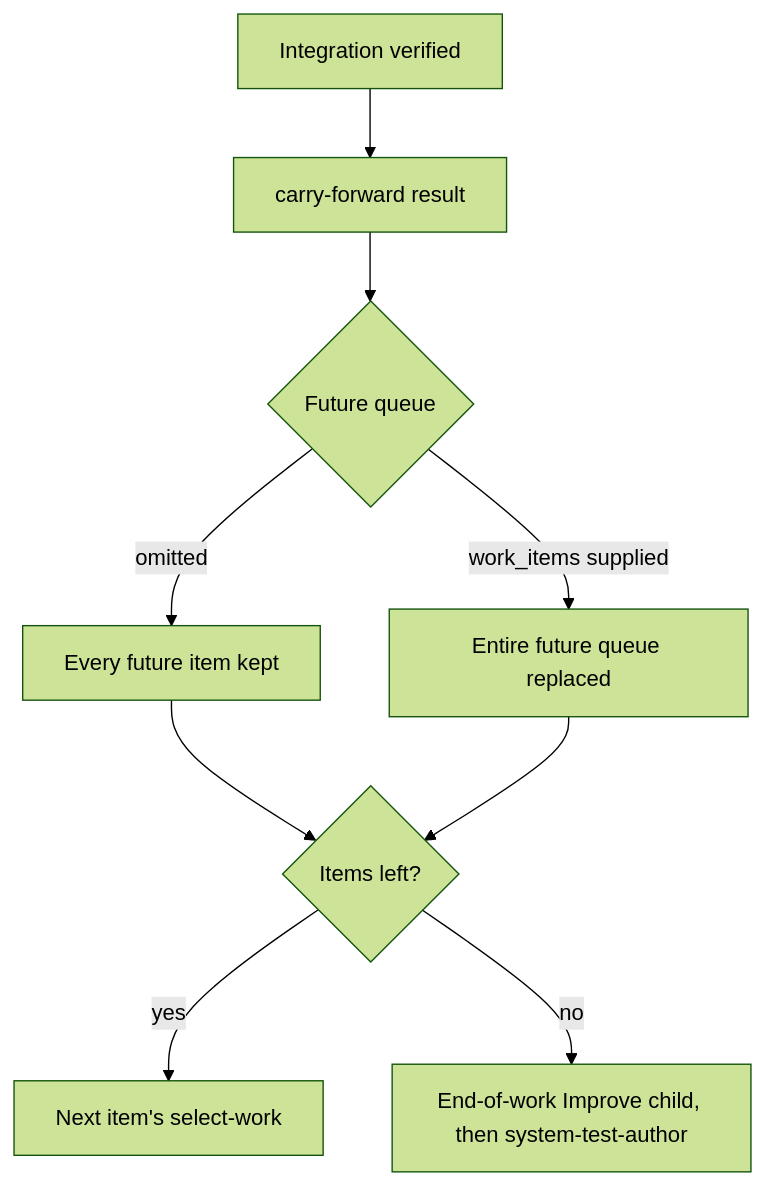
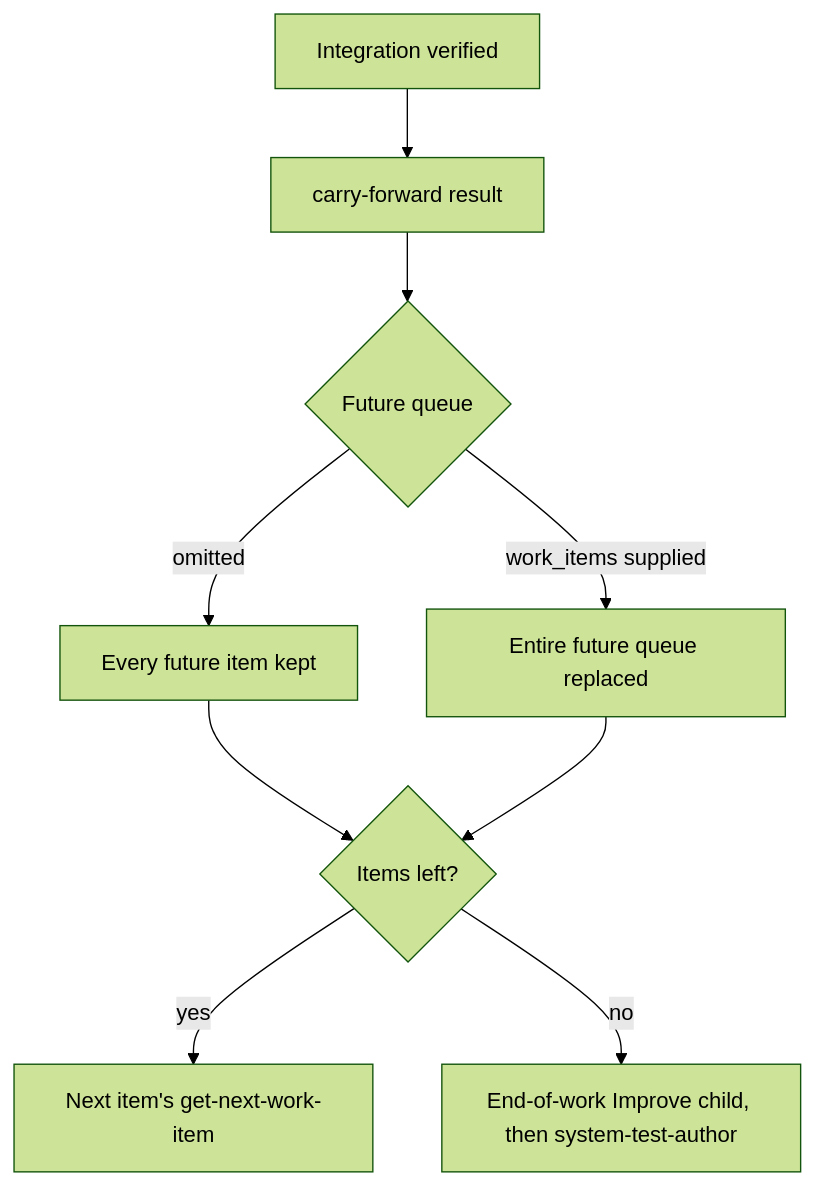
One commit to whichguy/skill-craft changed the diagram in skills/shiploop/references/carry-forward.md. Above: the diagram before and after it, drawn with Mermaid (forest theme). The commit also changed other lines of this file and 27 other files, not shown here.

````diff
--- a/skills/shiploop/references/carry-forward.md
+++ b/skills/shiploop/references/carry-forward.md
@@ -9,11 +9,11 @@
 ```mermaid
 flowchart TD
     V[Integration verified] --> C[carry-forward result]
     C --> Q{Future queue}
     Q -->|omitted| K[Every future item kept]
     Q -->|work_items supplied| R[Entire future queue replaced]
     K --> N{Items left?}
     R --> N
-    N -->|yes| S[Next item's select-work]
+    N -->|yes| S[Next item's get-next-work-item]
     N -->|no| I[End-of-work Improve child, then system-test-author]
 ```
````
